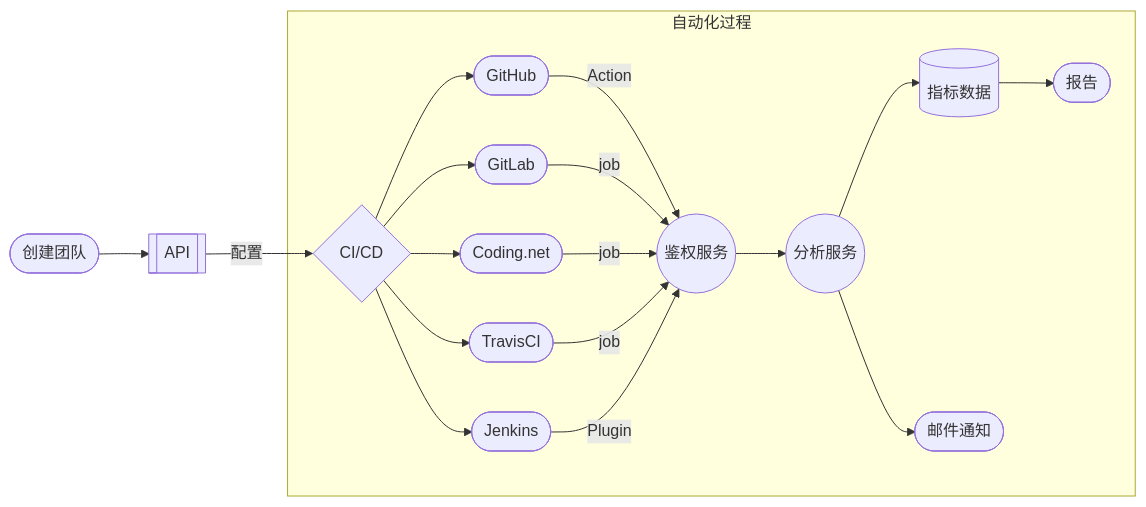
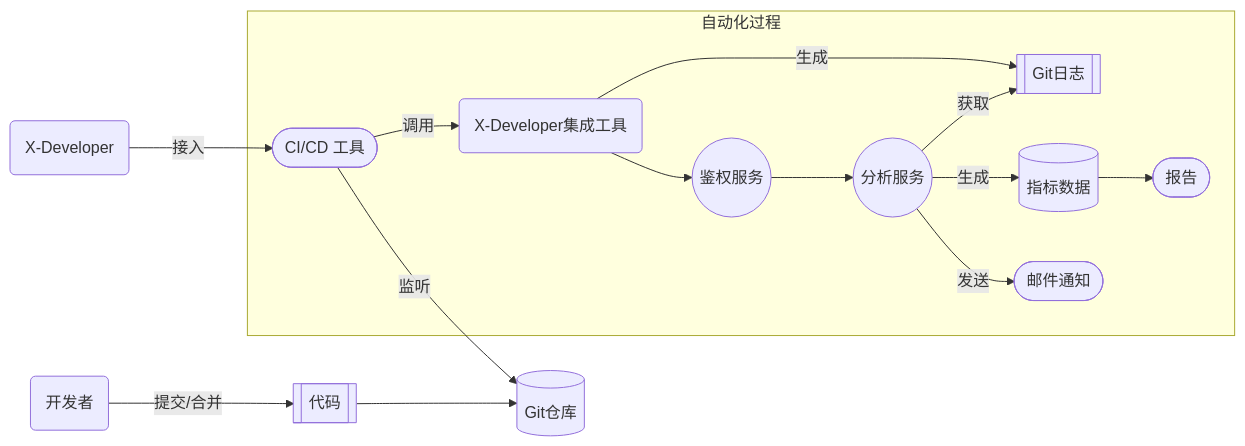
Before and after one commit to FieldTech/xdocs: the diagram in automation.md, drawn with Mermaid. The commit also changed 4 other files, not shown here.

````diff
--- a/automation.md
+++ b/automation.md
@@ -51,21 +51,17 @@
 ```mermaid
 graph LR
-    team([创建团队]) --> API[[API]]
-    API --配置--> tools{CI/CD}
+    dev(开发者) --提交/合并--> push[[代码]]
+    push --> Git[(Git仓库)]
+    x(X-Developer) --接入--> tools([CI/CD 工具])
+    tools --监听--> Git
     subgraph 自动化过程
-        tools --> GitHub([GitHub])
-        tools --> GitLab([GitLab])
-        tools --> Coding([Coding.net])
-        tools --> Travis([TravisCI])
-        tools --> Jenkins([Jenkins])
-        GitHub --Action--> auth((鉴权服务))
-        GitLab --job--> auth
-        Coding --job--> auth
-        Travis --job--> auth
-        Jenkins --Plugin--> auth
+        tools --调用--> xd(X-Developer集成工具)
+        xd --> auth((鉴权服务))
+        xd --生成--> log[[Git日志]]
         auth --> analysis((分析服务))
-        analysis --> data[(指标数据)]
-        analysis --> notice([邮件通知])
+        analysis --获取--> log
+        analysis --生成--> data[(指标数据)]
+        analysis --发送--> notice([邮件通知])
         data --> reports([报告])
     end
 ```
````
